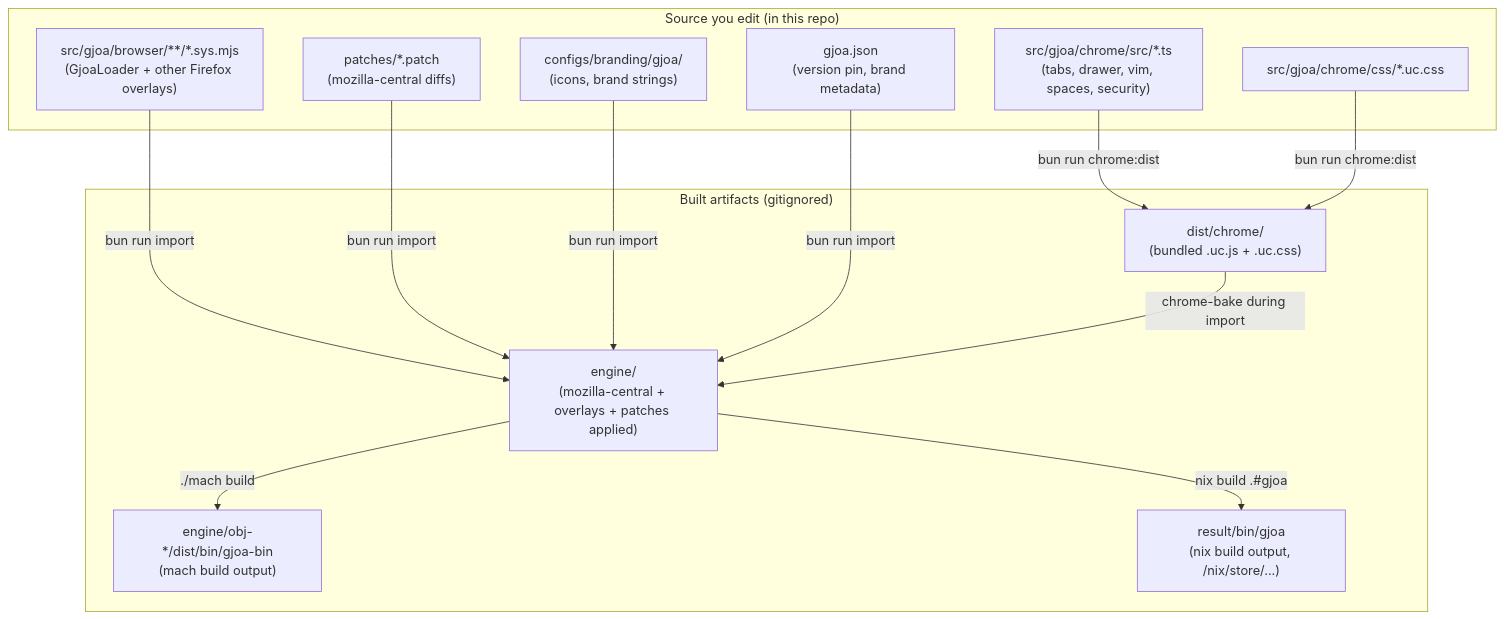
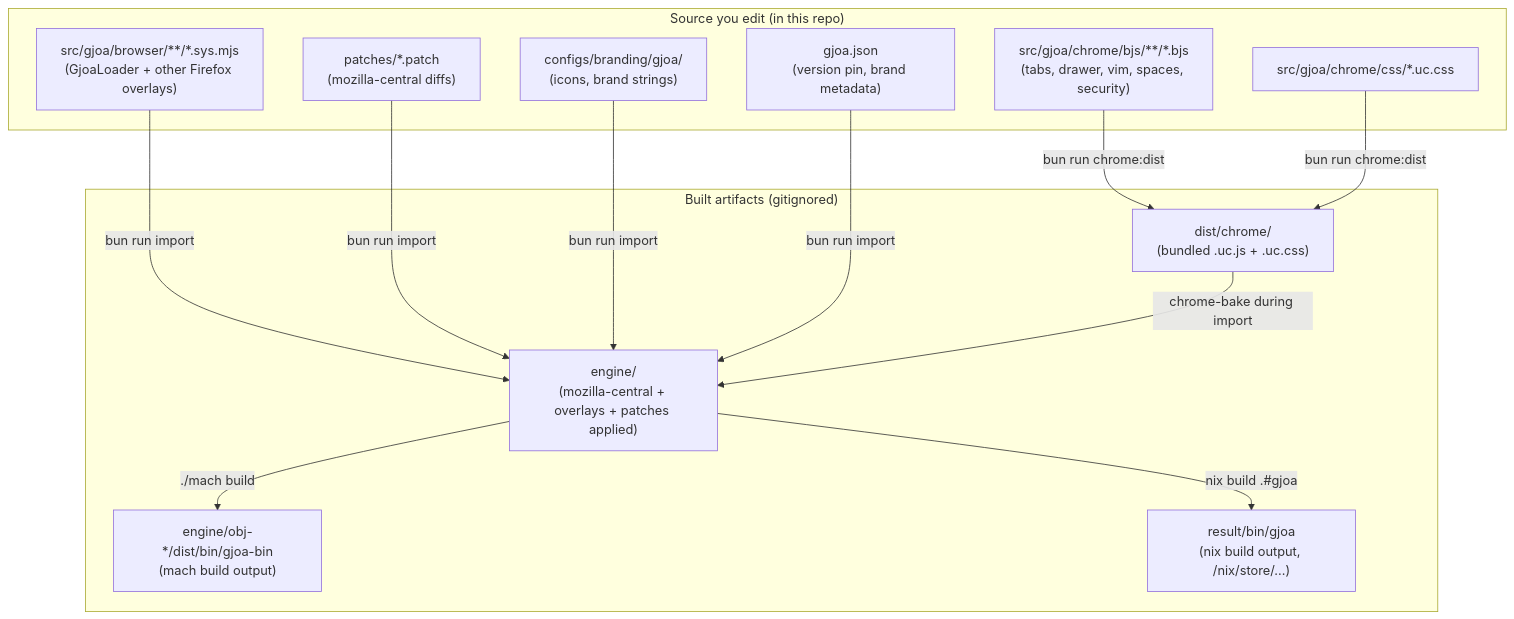
The first of 4 diagrams in docs/ARCHITECTURE.md (tompassarelli/gjoa), drawn with Mermaid before and after one commit. The commit also changed other lines of this file and 59 other files, not shown here.

````diff
--- a/docs/ARCHITECTURE.md
+++ b/docs/ARCHITECTURE.md
@@ -35,28 +35,28 @@
 ```mermaid
 flowchart TB
     subgraph "Source you edit (in this repo)"
-        TS["src/gjoa/chrome/src/*.ts<br>(tabs, drawer, vim, spaces, security)"]
+        BJS["src/gjoa/chrome/bjs/**/*.bjs<br>(tabs, drawer, vim, spaces, security)"]
         CSS["src/gjoa/chrome/css/*.uc.css"]
         OVERLAY["src/gjoa/browser/**/*.sys.mjs<br>(GjoaLoader + other Firefox overlays)"]
         PATCH["patches/*.patch<br>(mozilla-central diffs)"]
         BRAND["configs/branding/gjoa/<br>(icons, brand strings)"]
         CFG["gjoa.json<br>(version pin, brand metadata)"]
     end
 
     subgraph "Built artifacts (gitignored)"
         DIST["dist/chrome/<br>(bundled .uc.js + .uc.css)"]
         ENGINE["engine/<br>(mozilla-central + overlays + patches applied)"]
         MACHOUT["engine/obj-*/dist/bin/gjoa-bin<br>(mach build output)"]
         NIXOUT["result/bin/gjoa<br>(nix build output, /nix/store/...)"]
     end
 
-    TS -->|bun run chrome:dist| DIST
+    BJS -->|bun run chrome:dist| DIST
     CSS -->|bun run chrome:dist| DIST
     OVERLAY -->|bun run import| ENGINE
     PATCH -->|bun run import| ENGINE
     BRAND -->|bun run import| ENGINE
     CFG -->|bun run import| ENGINE
     DIST -->|chrome-bake during import| ENGINE
     ENGINE -->|./mach build| MACHOUT
     ENGINE -->|nix build .#gjoa| NIXOUT
 ```
````
